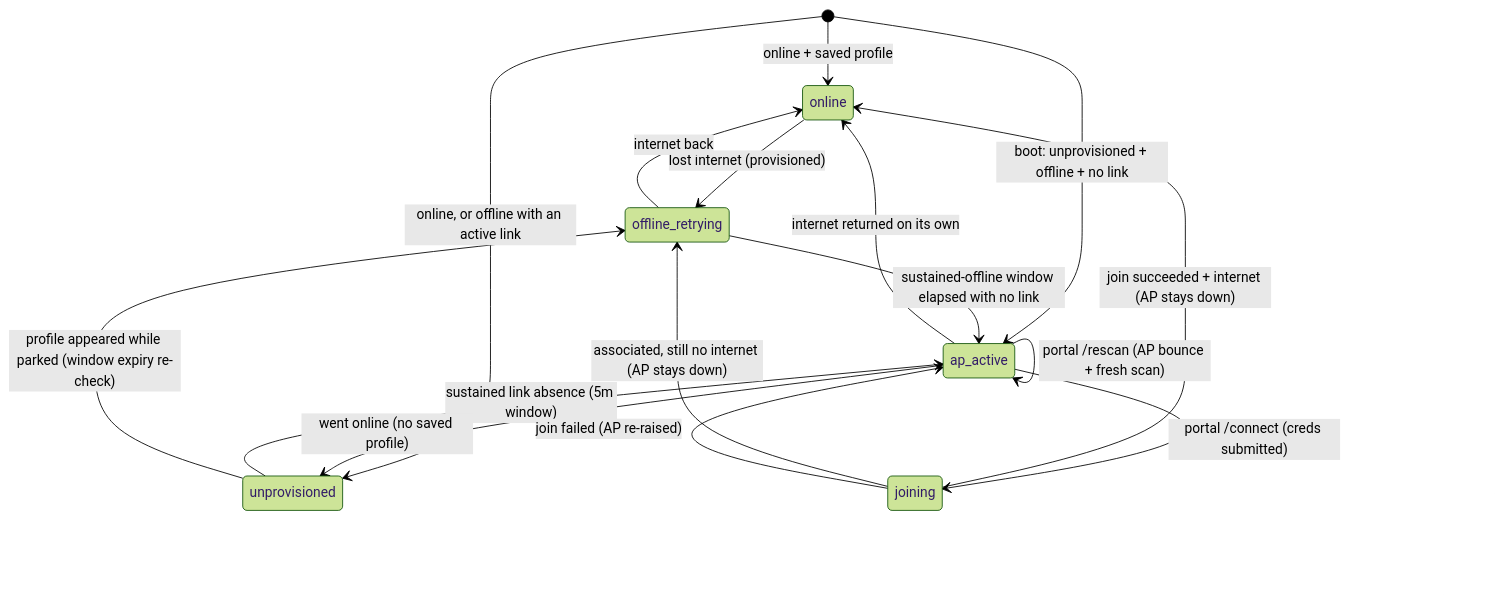
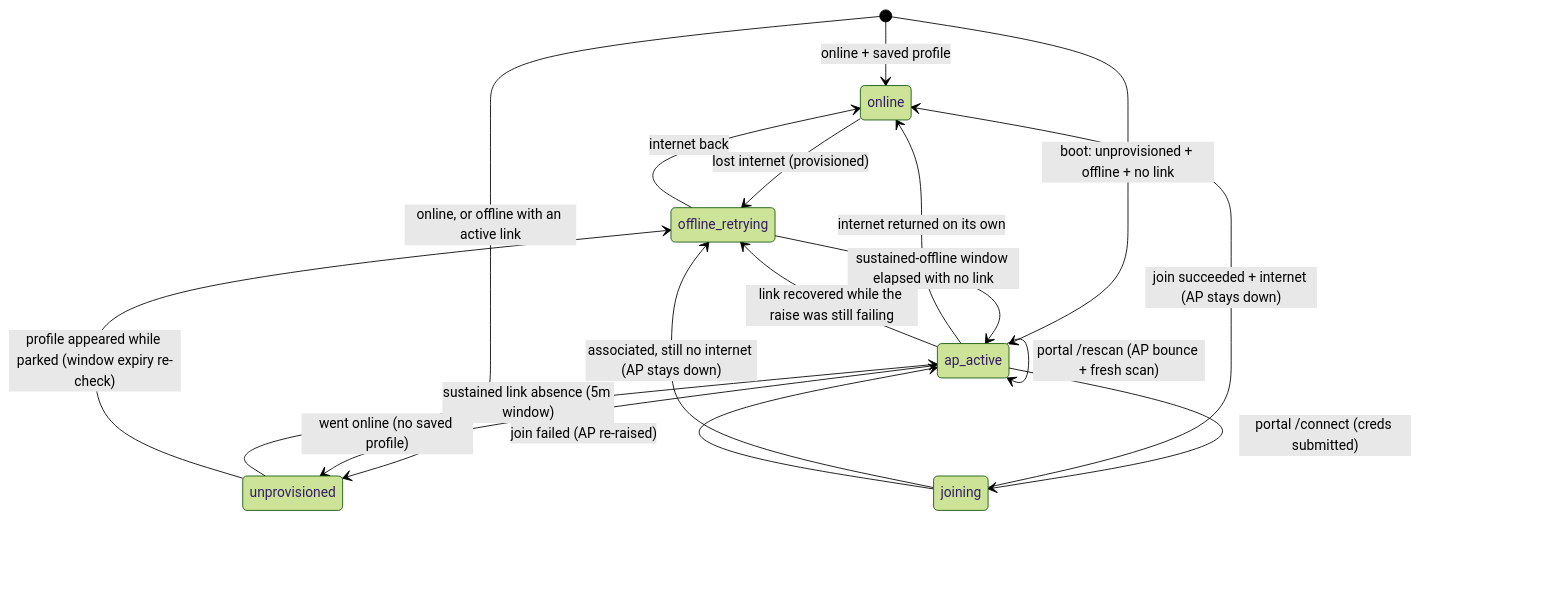
One commit to feral-file/ffos-user changed the second of 2 diagrams in docs/setup-flow.md. Above: the diagram before and after it, drawn with Mermaid (forest theme). The commit also changed other lines of this file and 3 other files, not shown here.

````diff
--- a/docs/setup-flow.md
+++ b/docs/setup-flow.md
@@ -76,21 +76,22 @@
 ```mermaid
 stateDiagram-v2
   [*] --> online: online + saved profile
   [*] --> unprovisioned: online, or offline with an active link
   [*] --> ap_active: boot: unprovisioned + offline + no link
 
   online --> offline_retrying: lost internet (provisioned)
   offline_retrying --> ap_active: sustained-offline window elapsed with no link
   offline_retrying --> online: internet back
 
   unprovisioned --> ap_active: sustained link absence (5m window)
   unprovisioned --> offline_retrying: profile appeared while parked (window expiry re-check)
   ap_active --> joining: portal /connect (creds submitted)
   ap_active --> ap_active: portal /rescan (AP bounce + fresh scan)
   joining --> online: join succeeded + internet (AP stays down)
   joining --> offline_retrying: associated, still no internet (AP stays down)
   joining --> ap_active: join failed (AP re-raised)
 
   ap_active --> online: internet returned on its own
   ap_active --> unprovisioned: went online (no saved profile)
+  ap_active --> offline_retrying: link recovered while the raise was still failing
 ```
````
